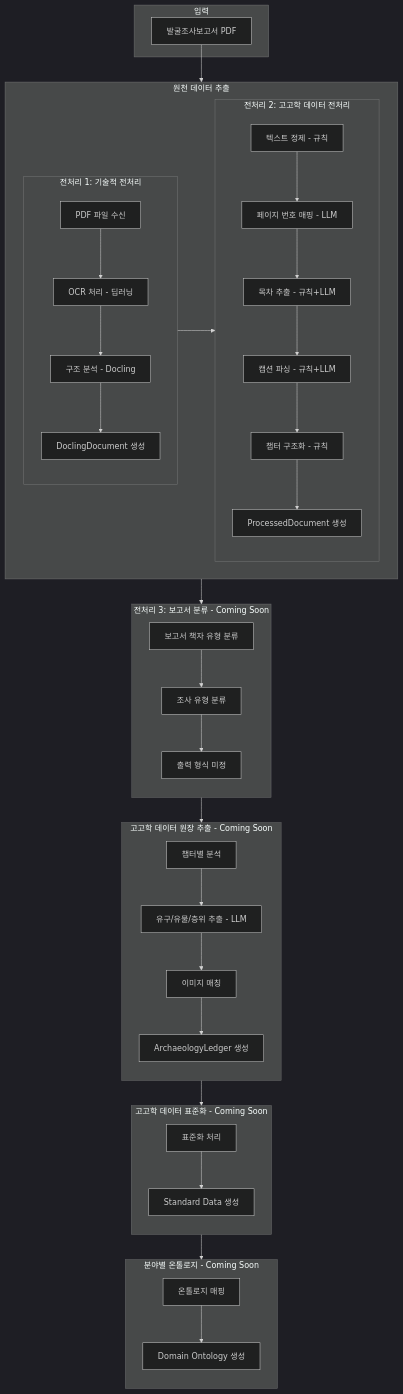
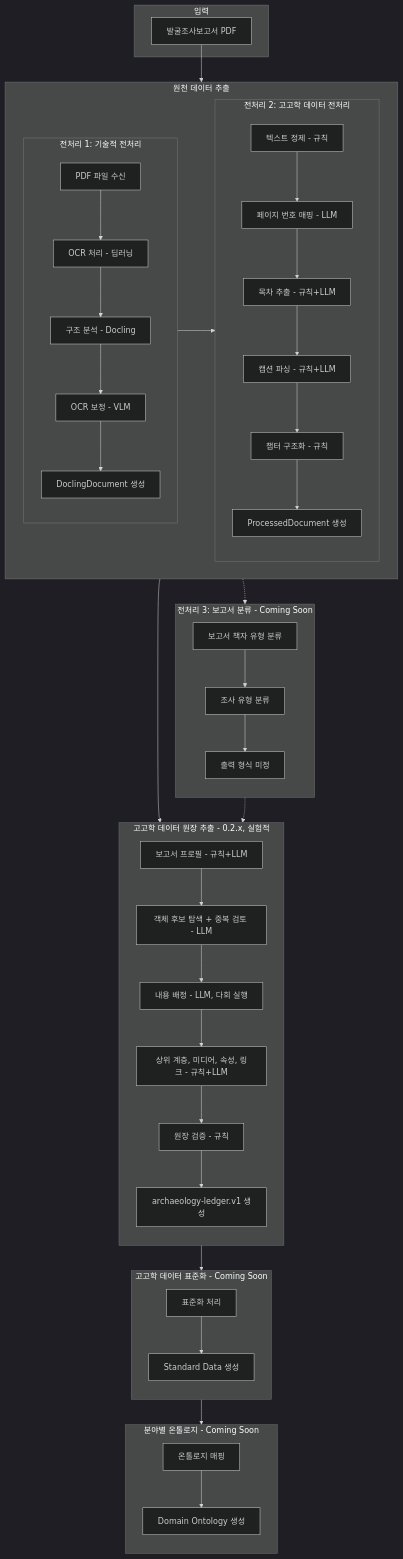
Before and after one commit to heripo-lab/heripo-engine: the first of 6 diagrams in docs/architecture.ko.md, drawn with Mermaid (dark theme). The commit also changed other lines of this file and 12 other files, not shown here.

````diff
--- a/docs/architecture.ko.md
+++ b/docs/architecture.ko.md
@@ -22,67 +22,71 @@
 ```mermaid
 flowchart TB
     subgraph Input[입력]
         PDF[발굴조사보고서 PDF]
     end
 
     subgraph RawData[원천 데이터 추출]
         subgraph Phase1[전처리 1: 기술적 전처리]
             direction TB
             P1_1[PDF 파일 수신]
             P1_2[OCR 처리 - 딥러닝]
             P1_3[구조 분석 - Docling]
+            P1_3b[OCR 보정 - VLM]
             P1_4[DoclingDocument 생성]
-            P1_1 --> P1_2 --> P1_3 --> P1_4
+            P1_1 --> P1_2 --> P1_3 --> P1_3b --> P1_4
         end
 
         subgraph Phase2[전처리 2: 고고학 데이터 전처리]
             direction TB
             P2_1[텍스트 정제 - 규칙]
             P2_2[페이지 번호 매핑 - LLM]
             P2_3[목차 추출 - 규칙+LLM]
             P2_4[캡션 파싱 - 규칙+LLM]
             P2_5[챕터 구조화 - 규칙]
             P2_6[ProcessedDocument 생성]
             P2_1 --> P2_2 --> P2_3 --> P2_4 --> P2_5 --> P2_6
         end
 
         Phase1 --> Phase2
     end
 
     subgraph Classification[전처리 3: 보고서 분류 - Coming Soon]
         direction TB
         C1[보고서 책자 유형 분류]
         C2[조사 유형 분류]
         C3[출력 형식 미정]
         C1 --> C2 --> C3
     end
 
-    subgraph Ledger[고고학 데이터 원장 추출 - Coming Soon]
+    subgraph Ledger[고고학 데이터 원장 추출 - 0.2.x, 실험적]
         direction TB
-        L1[챕터별 분석]
-        L2[유구/유물/층위 추출 - LLM]
-        L3[이미지 매칭]
-        L4[ArchaeologyLedger 생성]
-        L1 --> L2 --> L3 --> L4
+        L1[보고서 프로필 - 규칙+LLM]
+        L2[객체 후보 탐색 + 중복 검토 - LLM]
+        L3[내용 배정 - LLM, 다회 실행]
+        L4[상위 계층, 미디어, 속성, 링크 - 규칙+LLM]
+        L5[원장 검증 - 규칙]
+        L6[archaeology-ledger.v1 생성]
+        L1 --> L2 --> L3 --> L4 --> L5 --> L6
     end
 
     subgraph Standard[고고학 데이터 표준화 - Coming Soon]
         direction TB
         S1[표준화 처리]
         S2[Standard Data 생성]
         S1 --> S2
     end
 
     subgraph Ontology[분야별 온톨로지 - Coming Soon]
         direction TB
         O1[온톨로지 매핑]
         O2[Domain Ontology 생성]
         O1 --> O2
     end
 
     PDF --> RawData
-    RawData --> Classification
-    Classification --> Ledger
+    RawData --> Ledger
+    RawData -.-> Classification
+    Classification -.-> Ledger
     Ledger --> Standard
     Standard --> Ontology
 ```
````
